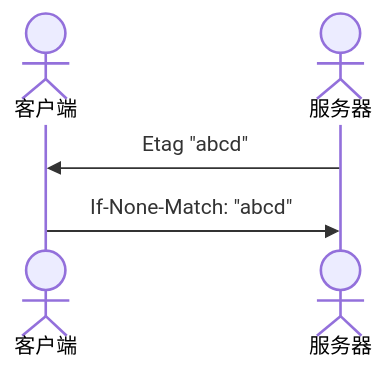
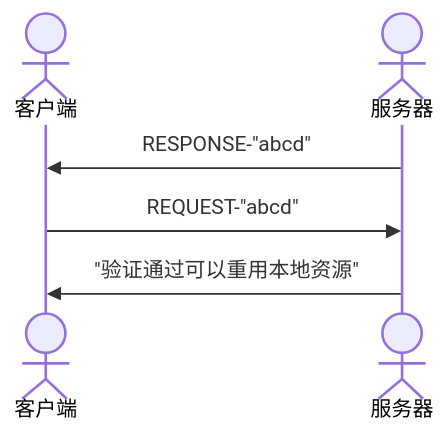
The third of 5 diagrams in 前端基础系列/网络/HTTP-Cache.md (lxxorz/doc), drawn with Mermaid before and after one commit. The commit also changed other lines of this file and 3 other files, not shown here.

````diff
--- a/前端基础系列/网络/HTTP-Cache.md
+++ b/前端基础系列/网络/HTTP-Cache.md
@@ -71,7 +77,8 @@
 ```mermaid
 sequenceDiagram
 	actor 客户端
 	actor 服务器
-	服务器->>客户端: Etag "abcd"
-	客户端->>服务器: If-None-Match: "abcd"
+	服务器->>客户端: RESPONSE-"abcd"
+	客户端->>服务器: REQUEST-"abcd"
+	服务器->>客户端: "验证通过可以重用本地资源"
 ```
````
